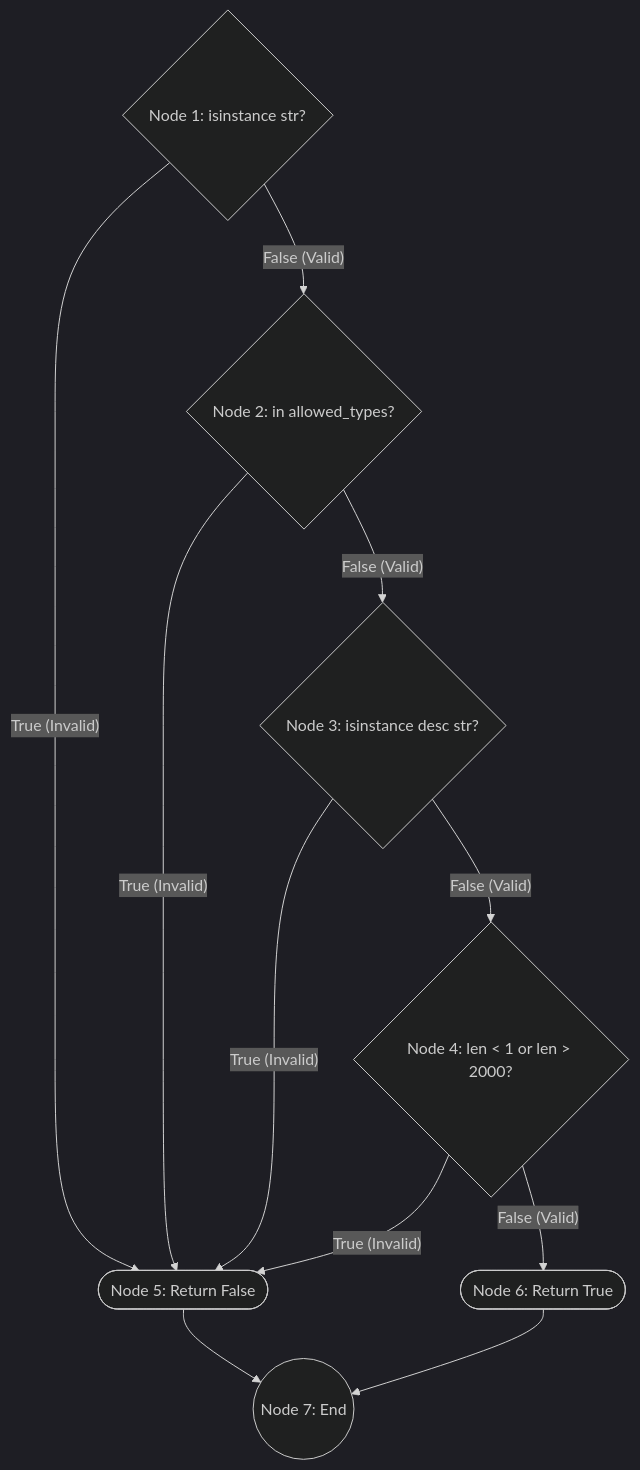
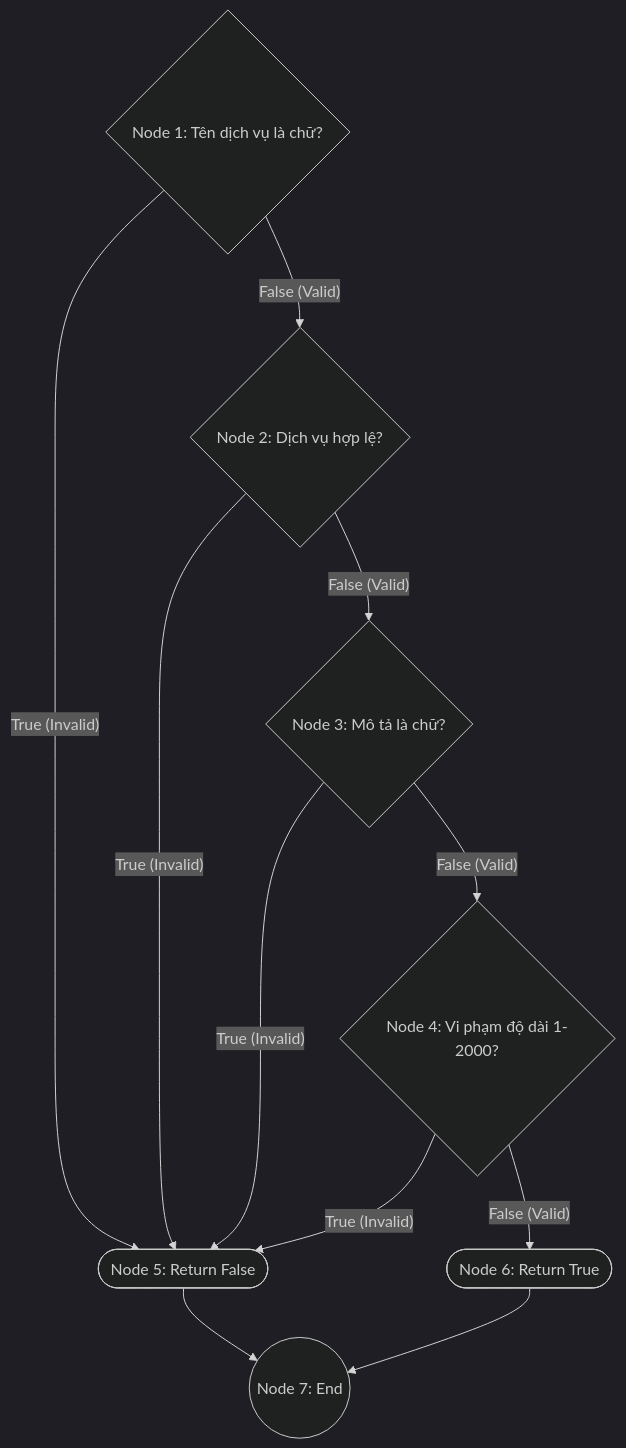
The second of 5 diagrams in Reports md/091205000607_NguyenThanhTri_Orderservice.md (Mutrapro-KCPM/mutrapro_system_testing), drawn with Mermaid (dark theme) before and after one commit. The commit also changed other lines of this file, not shown here.

````diff
--- a/Reports md/091205000607_NguyenThanhTri_Orderservice.md
+++ b/Reports md/091205000607_NguyenThanhTri_Orderservice.md
@@ -353,21 +353,21 @@
 ```mermaid
 graph TD
-    N1{Node 1: isinstance str?}
-    N2{Node 2: in allowed_types?}
-    N3{Node 3: isinstance desc str?}
-    N4{Node 4: len < 1 or len > 2000?}
+    N1{Node 1: Tên dịch vụ là chữ?}
+    N2{Node 2: Dịch vụ hợp lệ?}
+    N3{Node 3: Mô tả là chữ?}
+    N4{Node 4: Vi phạm độ dài 1-2000?}
     N5([Node 5: Return False])
     N6([Node 6: Return True])
     N7((Node 7: End))
 
     N1 -- True (Invalid) --> N5
     N1 -- False (Valid) --> N2
     N2 -- True (Invalid) --> N5
     N2 -- False (Valid) --> N3
     N3 -- True (Invalid) --> N5
     N3 -- False (Valid) --> N4
     N4 -- True (Invalid) --> N5
     N4 -- False (Valid) --> N6
     N5 --> N7
     N6 --> N7
 ```
````
